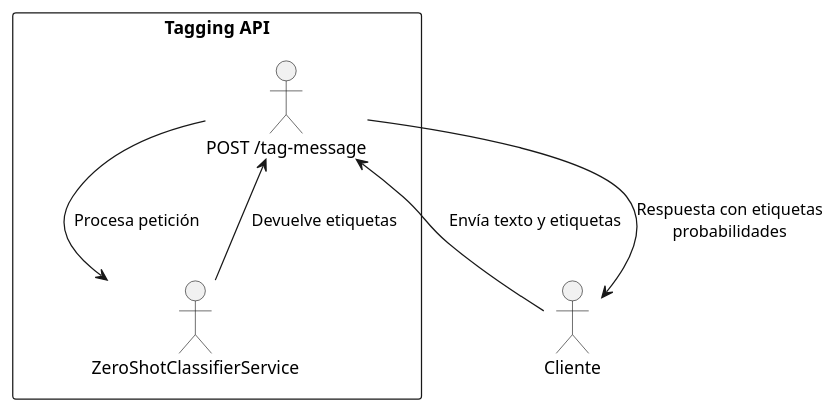
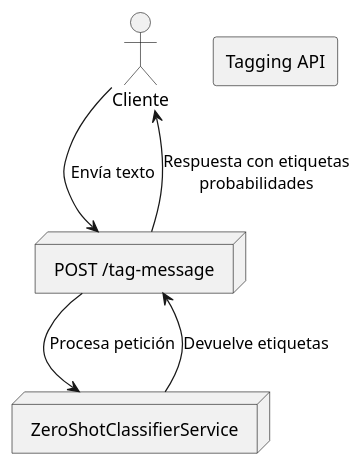
One commit to AmandaSMZ/talk-easy-tfg changed the diagram in tagging-api/README.md. Above: the diagram before and after it, drawn with PlantUML. The commit also changed other lines of this file and 7 other files, not shown here.

````diff
--- a/tagging-api/README.md
+++ b/tagging-api/README.md
@@ -96,11 +146,13 @@
 ```plantuml
 @startuml
 actor "Cliente" as User
+node "ZeroShotClassifierService"
+node "POST /tag-message"
 rectangle "Tagging API" {
-    User -> "POST /tag-message": Envía texto y etiquetas
+    User -> "POST /tag-message": Envía texto
     "POST /tag-message" -> "ZeroShotClassifierService": Procesa petición
     "ZeroShotClassifierService" --> "POST /tag-message": Devuelve etiquetas
     "POST /tag-message" --> User: Respuesta con etiquetas\nprobabilidades
 }
 @enduml
 ```
````
